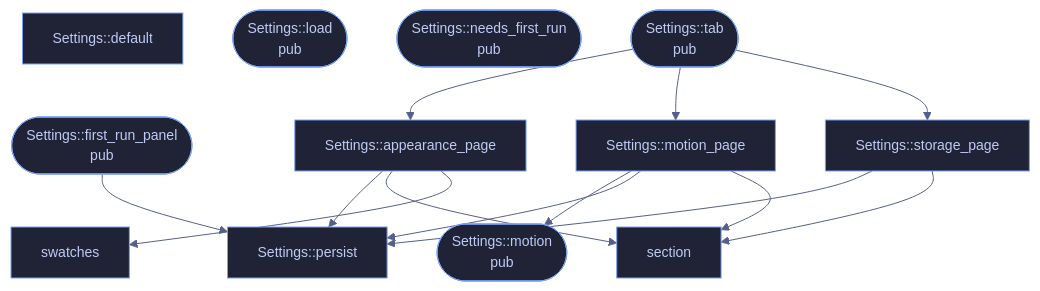
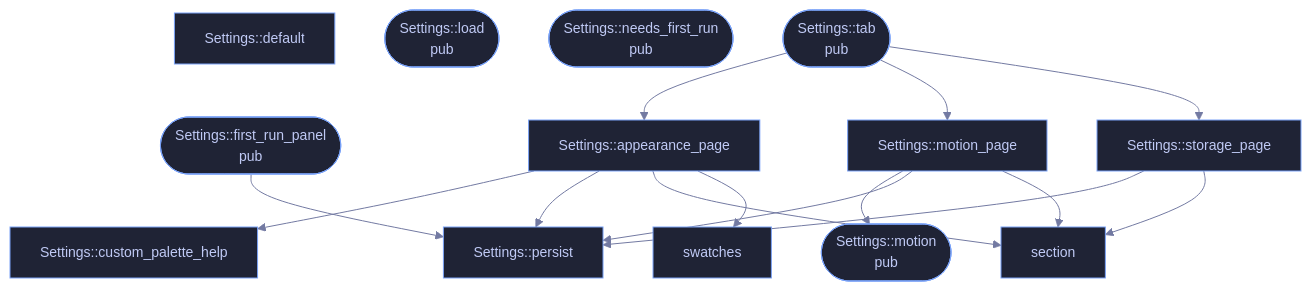
Before and after one commit to tilas01/veilvoice: the diagram in docs/files/veilvoice-gui/settings.md, drawn with Mermaid. The commit also changed other lines of this file and 305 other files, not shown here.

````diff
--- a/docs/files/veilvoice-gui/settings.md
+++ b/docs/files/veilvoice-gui/settings.md
@@ -57,28 +57,30 @@
 ```mermaid
-%%{init: {"theme":"base","themeVariables":{"background":"#1a1b26","primaryColor":"#1f2335","primaryTextColor":"#c0caf5","primaryBorderColor":"#7aa2f7","secondaryColor":"#16161e","tertiaryColor":"#16161e","lineColor":"#565f89","textColor":"#c0caf5","mainBkg":"#1f2335","nodeBorder":"#7aa2f7","clusterBkg":"#16161e","clusterBorder":"#2f3549","fontFamily":"ui-monospace, SFMono-Regular, Consolas, monospace","fontSize":"14px"}}}%%
+%%{init: {"theme":"base","themeVariables":{"background":"#1a1b26","primaryColor":"#1f2335","primaryTextColor":"#c0caf5","primaryBorderColor":"#7aa2f7","secondaryColor":"#16161e","tertiaryColor":"#16161e","lineColor":"#737aa2","textColor":"#c0caf5","mainBkg":"#1f2335","nodeBorder":"#7aa2f7","clusterBkg":"#16161e","clusterBorder":"#2f3549","fontFamily":"ui-monospace, SFMono-Regular, Consolas, monospace","fontSize":"14px"}}}%%
 flowchart TD
     n_default["Settings::default"]
     n_load(["Settings::load<br/>pub"])
     n_motion(["Settings::motion<br/>pub"])
     n_needs_first_run(["Settings::needs_first_run<br/>pub"])
     n_persist["Settings::persist"]
     n_first_run_panel(["Settings::first_run_panel<br/>pub"])
     n_tab(["Settings::tab<br/>pub"])
+    n_custom_palette_help["Settings::custom_palette_help"]
     n_appearance_page["Settings::appearance_page"]
     n_motion_page["Settings::motion_page"]
     n_storage_page["Settings::storage_page"]
     n_section["section"]
     n_swatches["swatches"]
+    n_appearance_page --> n_custom_palette_help
     n_appearance_page --> n_persist
     n_appearance_page --> n_section
     n_appearance_page --> n_swatches
     n_first_run_panel --> n_persist
     n_motion_page --> n_motion
     n_motion_page --> n_persist
     n_motion_page --> n_section
     n_storage_page --> n_persist
     n_storage_page --> n_section
     n_tab --> n_appearance_page
     n_tab --> n_motion_page
     n_tab --> n_storage_page
 ```
````
